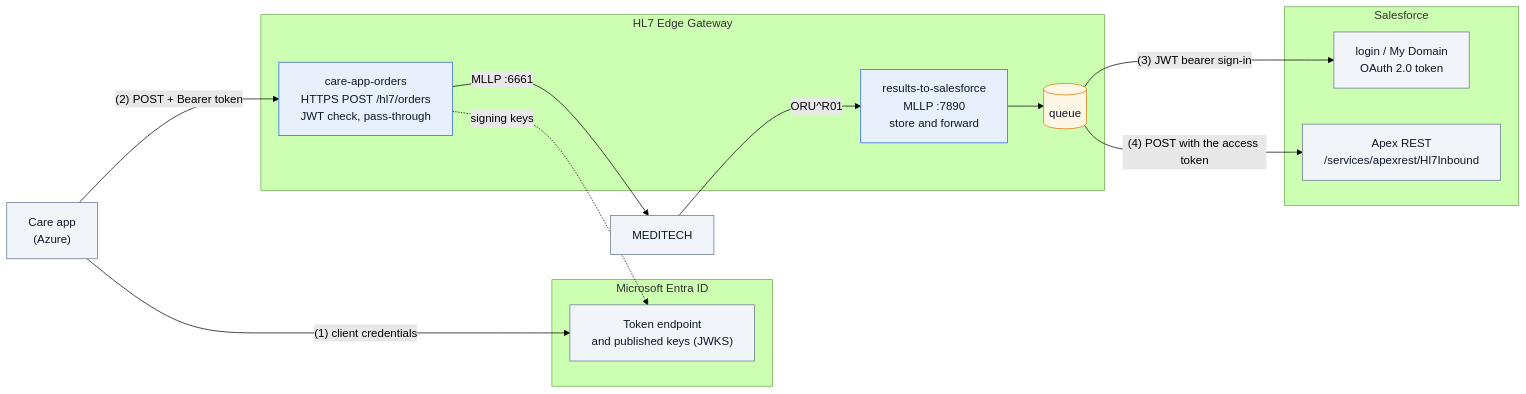
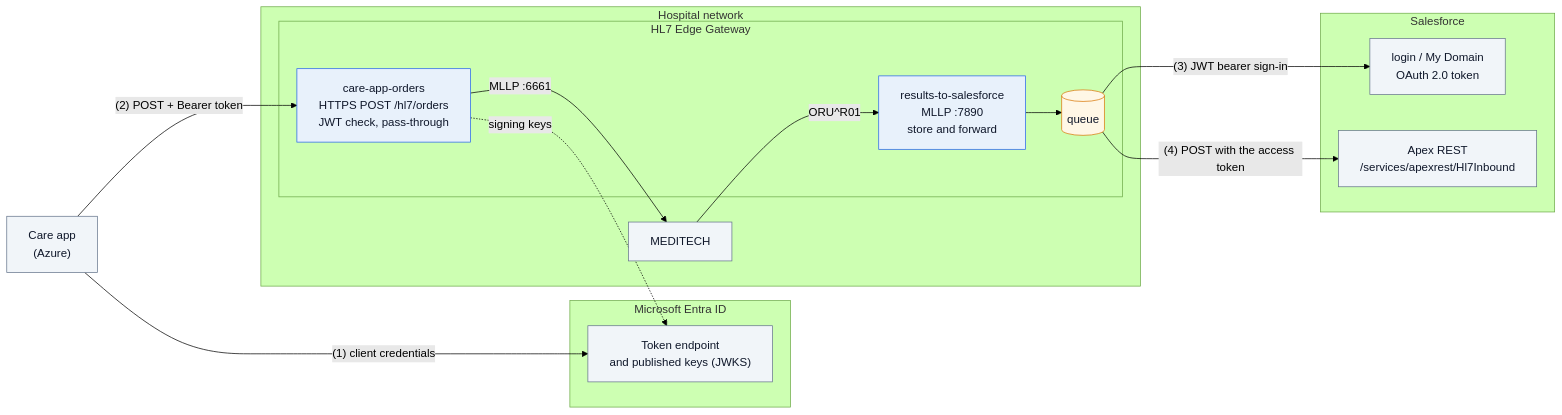
The diagram in 04-entra-id-and-salesforce/diagrams/architecture.mmd (lambogenius/hl7-edge-gateway-examples), drawn with Mermaid (forest theme) before and after one commit. The commit also changed 23 other files, not shown here.

Commit message:
Architecture diagrams: on-prem parts inside the hospital network, cloud load balancers inside the cloud network

```diff
--- a/04-entra-id-and-salesforce/diagrams/architecture.mmd
+++ b/04-entra-id-and-salesforce/diagrams/architecture.mmd
@@ -1,28 +1,30 @@
 flowchart LR
   subgraph AZ["Microsoft Entra ID"]
     E["Token endpoint<br/>and published keys (JWKS)"]:::ext
   end
   CA["Care app<br/>(Azure)"]:::ext
-  subgraph G["HL7 Edge Gateway"]
-    R1["care-app-orders<br/>HTTPS POST /hl7/orders<br/>JWT check, pass-through"]:::gw
-    R2["results-to-salesforce<br/>MLLP :7890<br/>store and forward"]:::gw
-    Q[("queue")]:::store
+  subgraph H["Hospital network"]
+    subgraph G["HL7 Edge Gateway"]
+      R1["care-app-orders<br/>HTTPS POST /hl7/orders<br/>JWT check, pass-through"]:::gw
+      R2["results-to-salesforce<br/>MLLP :7890<br/>store and forward"]:::gw
+      Q[("queue")]:::store
+    end
+    M["MEDITECH"]:::ext
   end
-  M["MEDITECH"]:::ext
   subgraph SF["Salesforce"]
     LOGIN["login / My Domain<br/>OAuth 2.0 token"]:::ext
     APEX["Apex REST<br/>/services/apexrest/Hl7Inbound"]:::ext
   end
   CA -- "(1) client credentials" --> E
   CA -- "(2) POST + Bearer token" --> R1
   R1 -. "signing keys" .-> E
   R1 -- "MLLP :6661" --> M
   M -- "ORU^R01" --> R2 --> Q
   Q -- "(3) JWT bearer sign-in" --> LOGIN
   Q -- "(4) POST with the access token" --> APEX
 
   classDef gw fill:#e8f1fb,stroke:#2563eb,color:#0f172a
   classDef store fill:#fff7e6,stroke:#d97706,color:#0f172a
   classDef ext fill:#f1f5f9,stroke:#64748b,color:#0f172a
   classDef bad fill:#fdecec,stroke:#dc2626,color:#0f172a
   classDef ok fill:#ecfdf3,stroke:#16a34a,color:#0f172a
```
